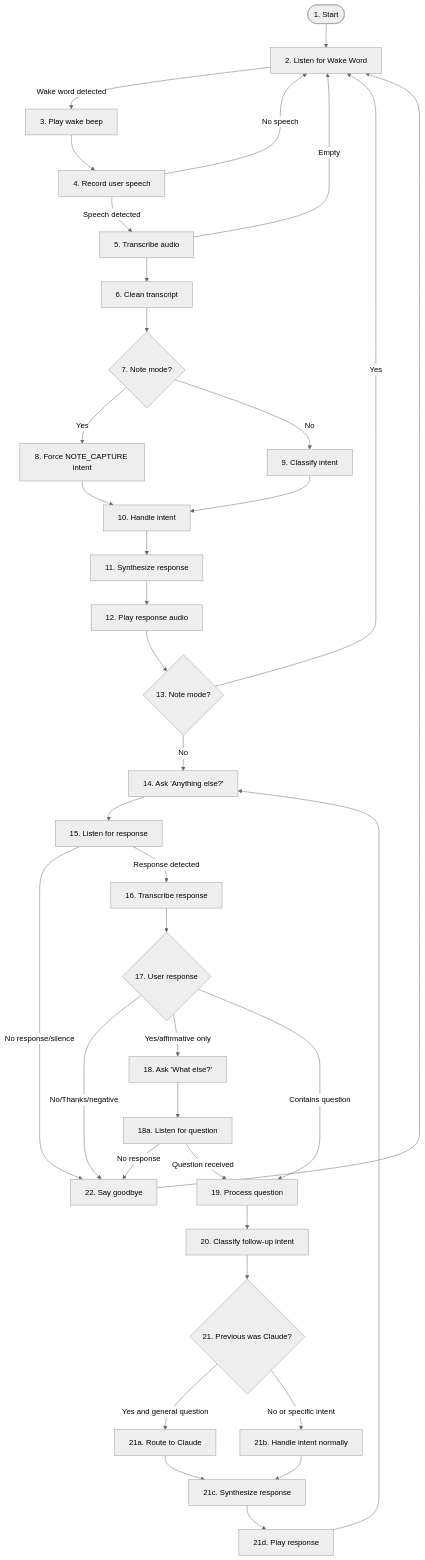
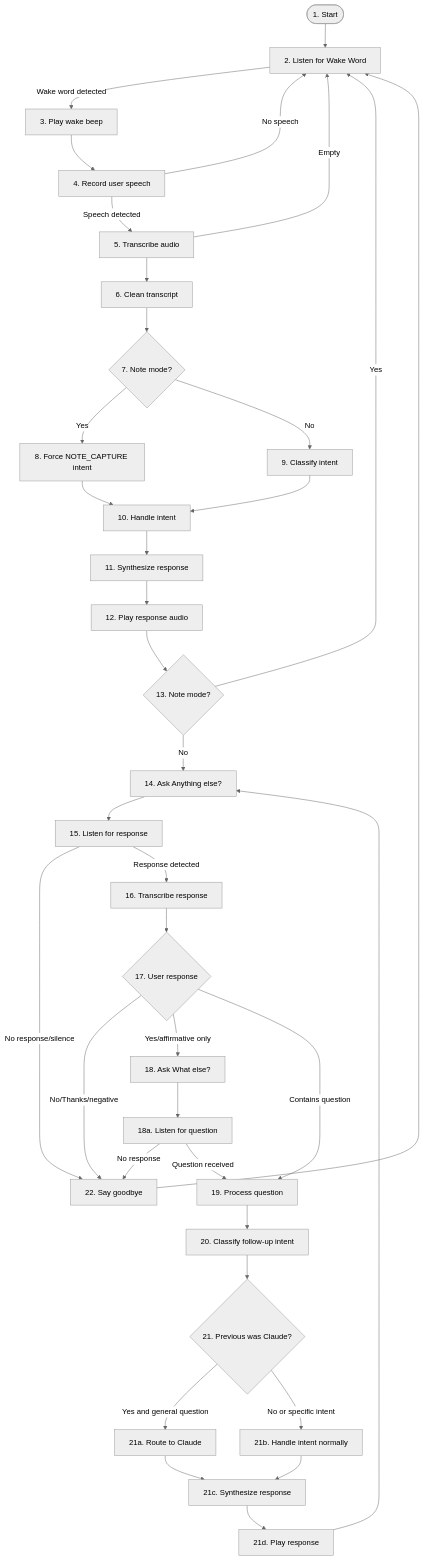
One commit to adarkazanli/RPVA changed the first of 7 diagrams in docs/conversation-flow.md. Above: the diagram before and after it, drawn with Mermaid (neutral theme). The commit also changed other lines of this file and 1 other file, not shown here.

First line of the commit message:
docs: update conversation flow with Step 7 query routing

````diff
--- a/docs/conversation-flow.md
+++ b/docs/conversation-flow.md
@@ -9,51 +9,51 @@
 ```mermaid
 flowchart TD
-    START(["1. Start"]) --> LISTEN["2. Listen for Wake Word"]
-    LISTEN --> |Wake word detected| BEEP1["3. Play wake beep"]
-    BEEP1 --> RECORD["4. Record user speech"]
+    START([1. Start]) --> LISTEN[2. Listen for Wake Word]
+    LISTEN --> |Wake word detected| BEEP1[3. Play wake beep]
+    BEEP1 --> RECORD[4. Record user speech]
     RECORD --> |No speech| LISTEN
-    RECORD --> |Speech detected| TRANSCRIBE["5. Transcribe audio"]
+    RECORD --> |Speech detected| TRANSCRIBE[5. Transcribe audio]
     TRANSCRIBE --> |Empty| LISTEN
-    TRANSCRIBE --> CLEAN["6. Clean transcript"]
-    CLEAN --> MODE{"7. Note mode?"}
+    TRANSCRIBE --> CLEAN[6. Clean transcript]
+    CLEAN --> MODE{7. Note mode?}
 
-    MODE --> |Yes| NOTE_INTENT["8. Force NOTE_CAPTURE intent"]
-    MODE --> |No| CLASSIFY["9. Classify intent"]
+    MODE --> |Yes| NOTE_INTENT[8. Force NOTE_CAPTURE intent]
+    MODE --> |No| CLASSIFY[9. Classify intent]
 
     NOTE_INTENT --> HANDLE_INTENT
-    CLASSIFY --> HANDLE_INTENT["10. Handle intent"]
+    CLASSIFY --> HANDLE_INTENT[10. Handle intent]
 
-    HANDLE_INTENT --> SYNTHESIZE["11. Synthesize response"]
-    SYNTHESIZE --> PLAY["12. Play response audio"]
+    HANDLE_INTENT --> SYNTHESIZE[11. Synthesize response]
+    SYNTHESIZE --> PLAY[12. Play response audio]
 
-    PLAY --> NOTE_CHECK{"13. Note mode?"}
+    PLAY --> NOTE_CHECK{13. Note mode?}
     NOTE_CHECK --> |Yes| LISTEN
-    NOTE_CHECK --> |No| ANYTHING_ELSE["14. Ask 'Anything else?'"]
+    NOTE_CHECK --> |No| ANYTHING_ELSE[14. Ask Anything else?]
 
-    ANYTHING_ELSE --> AE_LISTEN["15. Listen for response"]
-    AE_LISTEN --> |No response/silence| GOODBYE["22. Say goodbye"]
-    AE_LISTEN --> |Response detected| AE_TRANSCRIBE["16. Transcribe response"]
+    ANYTHING_ELSE --> AE_LISTEN[15. Listen for response]
+    AE_LISTEN --> |No response/silence| GOODBYE[22. Say goodbye]
+    AE_LISTEN --> |Response detected| AE_TRANSCRIBE[16. Transcribe response]
 
-    AE_TRANSCRIBE --> AE_CHECK{"17. User response"}
+    AE_TRANSCRIBE --> AE_CHECK{17. User response}
     AE_CHECK --> |No/Thanks/negative| GOODBYE
-    AE_CHECK --> |Yes/affirmative only| PROMPT["18. Ask 'What else?'"]
-    AE_CHECK --> |Contains question| PROCESS_FOLLOWUP["19. Process question"]
+    AE_CHECK --> |Yes/affirmative only| PROMPT[18. Ask What else?]
+    AE_CHECK --> |Contains question| PROCESS_FOLLOWUP[19. Process question]
 
-    PROMPT --> PROMPT_LISTEN["18a. Listen for question"]
+    PROMPT --> PROMPT_LISTEN[18a. Listen for question]
     PROMPT_LISTEN --> |No response| GOODBYE
     PROMPT_LISTEN --> |Question received| PROCESS_FOLLOWUP
 
-    PROCESS_FOLLOWUP --> CLASSIFY_FOLLOWUP["20. Classify follow-up intent"]
-    CLASSIFY_FOLLOWUP --> CLAUDE_CHECK{"21. Previous was Claude?"}
+    PROCESS_FOLLOWUP --> CLASSIFY_FOLLOWUP[20. Classify follow-up intent]
+    CLASSIFY_FOLLOWUP --> CLAUDE_CHECK{21. Previous was Claude?}
 
-    CLAUDE_CHECK --> |Yes and general question| ROUTE_CLAUDE["21a. Route to Claude"]
-    CLAUDE_CHECK --> |No or specific intent| HANDLE_FOLLOWUP["21b. Handle intent normally"]
+    CLAUDE_CHECK --> |Yes and general question| ROUTE_CLAUDE[21a. Route to Claude]
+    CLAUDE_CHECK --> |No or specific intent| HANDLE_FOLLOWUP[21b. Handle intent normally]
 
-    ROUTE_CLAUDE --> SYNTH_FOLLOWUP["21c. Synthesize response"]
+    ROUTE_CLAUDE --> SYNTH_FOLLOWUP[21c. Synthesize response]
     HANDLE_FOLLOWUP --> SYNTH_FOLLOWUP
 
-    SYNTH_FOLLOWUP --> PLAY_FOLLOWUP["21d. Play response"]
+    SYNTH_FOLLOWUP --> PLAY_FOLLOWUP[21d. Play response]
     PLAY_FOLLOWUP --> ANYTHING_ELSE
 
     GOODBYE --> LISTEN
 ```
````
